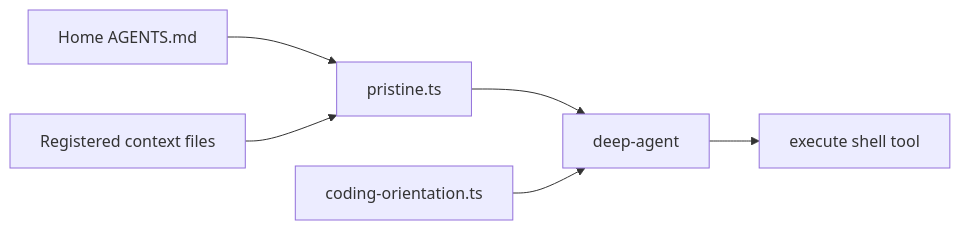
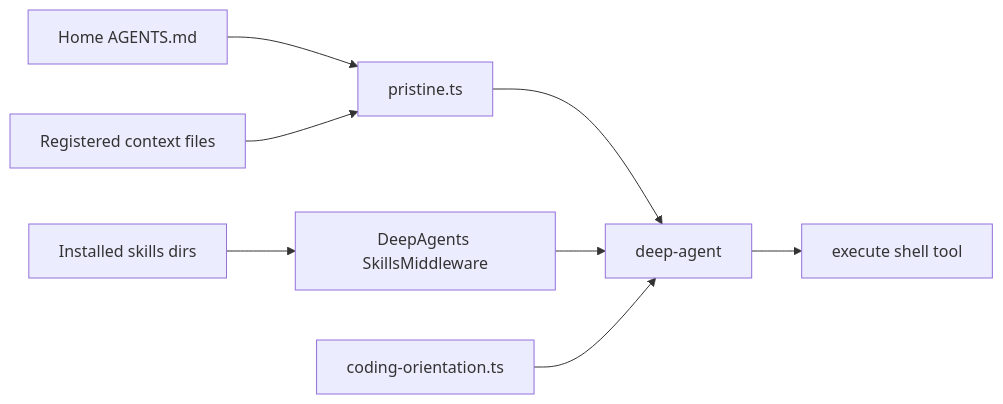
One commit to EtienneLescot/yagr changed the second of 4 diagrams in architecture/current/runtime-flows.md. Above: the diagram before and after it, drawn with Mermaid. The commit also changed other lines of this file and 21 other files, not shown here.

First line of the commit message:
feat(skills): implement agent skills management and CLI integration

````diff
--- a/architecture/current/runtime-flows.md
+++ b/architecture/current/runtime-flows.md
@@ -40,15 +43,19 @@
 ```mermaid
 flowchart LR
     HOME[Home AGENTS.md]
     CTX[Registered context files]
+    SKILLS[Installed skills dirs]
     PR[pristine.ts]
+    DS[DeepAgents SkillsMiddleware]
     CODE[coding-orientation.ts]
     AGENT[deep-agent]
     SHELL[execute shell tool]
 
     HOME --> PR
     CTX --> PR
+    SKILLS --> DS
     PR --> AGENT
+    DS --> AGENT
     CODE --> AGENT
     AGENT --> SHELL
 ```
````
